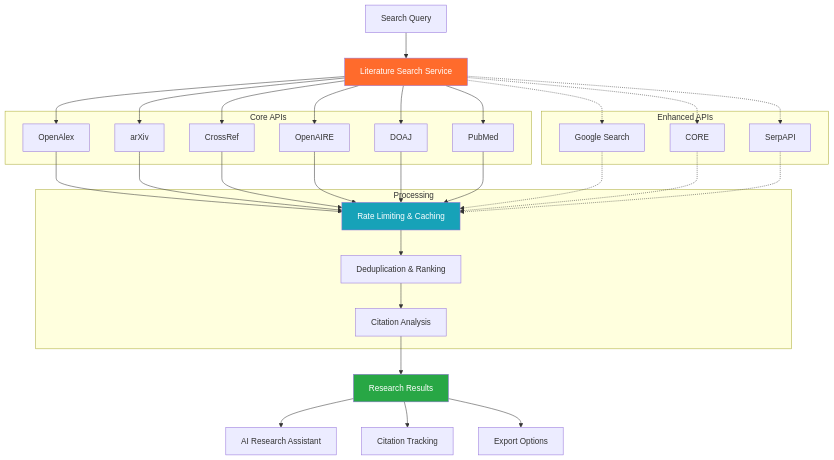
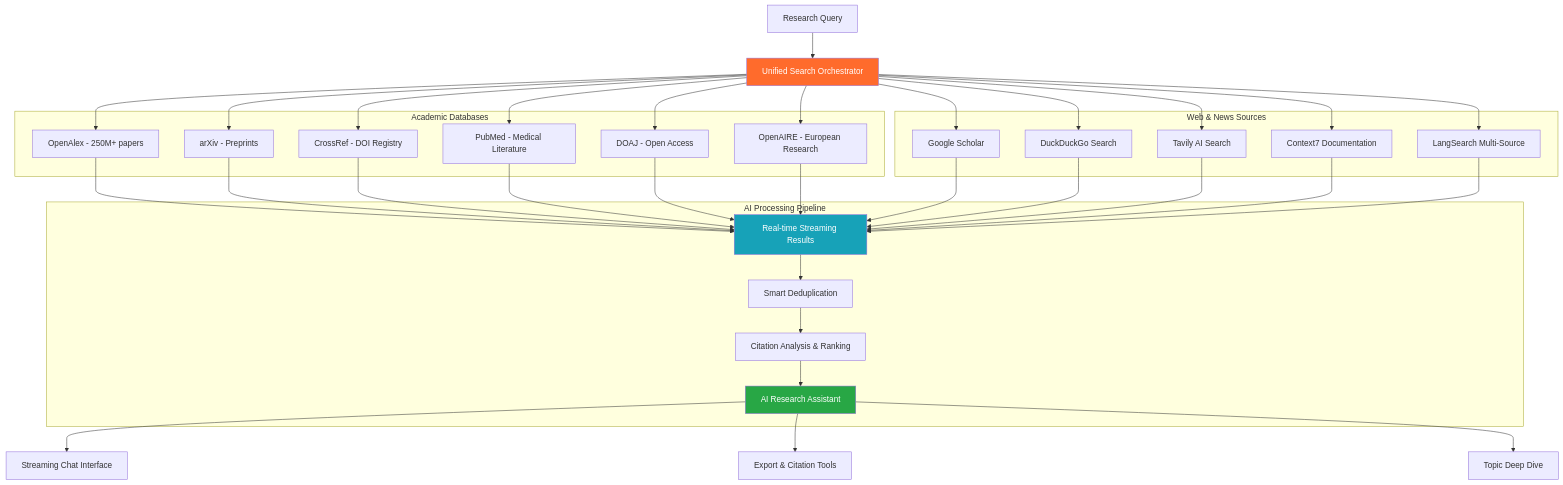
One commit to Kedhareswer/thesisflow-ai changed the second of 8 diagrams in README.md. Above: the diagram before and after it, drawn with Mermaid. The commit also changed other lines of this file, not shown here.

````diff
--- a/README.md
+++ b/README.md
@@ -131,40 +155,42 @@
 ```mermaid
 flowchart TB
-    A[Search Query] --> B[Literature Search Service]
+    A[Research Query] --> B[Unified Search Orchestrator]
     
-    subgraph "Core APIs"
-        C[OpenAlex]
-        D[arXiv]
-        E[CrossRef]
-        F[OpenAIRE]
-        G[DOAJ]
-        H[PubMed]
+    subgraph "Academic Databases"
+        C[OpenAlex - 250M+ papers]
+        D[arXiv - Preprints]
+        E[CrossRef - DOI Registry]
+        F[PubMed - Medical Literature]
+        G[DOAJ - Open Access]
+        H[OpenAIRE - European Research]
     end
     
-    subgraph "Enhanced APIs"
-        I[Google Search]
-        J[CORE]
-        K[SerpAPI]
+    subgraph "Web & News Sources"
+        I[Google Scholar]
+        J[DuckDuckGo Search]
+        K[Tavily AI Search]
+        L[Context7 Documentation]
+        M[LangSearch Multi-Source]
     end
     
-    subgraph "Processing"
-        L[Rate Limiting & Caching]
-        M[Deduplication & Ranking]
-        N[Citation Analysis]
+    subgraph "AI Processing Pipeline"
+        N[Real-time Streaming Results]
+        O[Smart Deduplication]
+        P[Citation Analysis & Ranking]
+        Q[AI Research Assistant]
     end
     
     B --> C & D & E & F & G & H
-    B -.-> I & J & K
-    C & D & E & F & G & H --> L
-    I & J & K -.-> L
-    L --> M --> N
+    B --> I & J & K & L & M
+    C & D & E & F & G & H --> N
+    I & J & K & L & M --> N
+    N --> O --> P --> Q
     
-    N --> O[Research Results]
-    O --> P[AI Research Assistant]
-    O --> Q[Citation Tracking]
-    O --> R[Export Options]
+    Q --> R[Streaming Chat Interface]
+    Q --> S[Export & Citation Tools]
+    Q --> T[Topic Deep Dive]
     
     style B fill:#FF6B2C,color:#fff
-    style L fill:#17a2b8,color:#fff
-    style O fill:#28a745,color:#fff
+    style N fill:#17a2b8,color:#fff
+    style Q fill:#28a745,color:#fff
 ```
````
